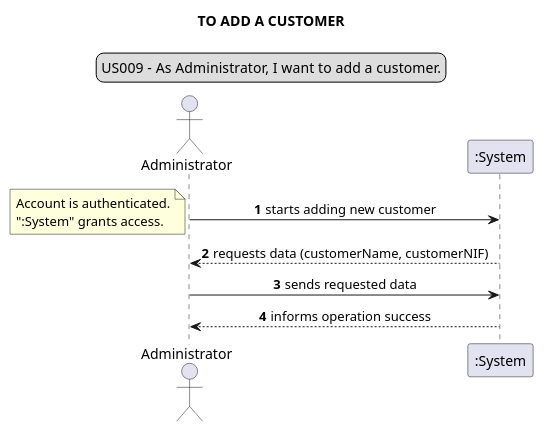
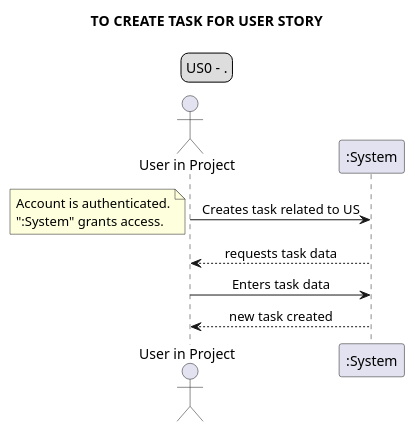
The ninth of 23 diagrams in docs/requirements_gathering/system_sequence_diagrams/systemSequenceDiagram.puml (Loracline/project_switch_22-23), drawn with PlantUML before and after one commit. The commit also changed other lines of this file and 23 other files, not shown here.

```diff
--- a/docs/requirements_gathering/system_sequence_diagrams/systemSequenceDiagram.puml
+++ b/docs/requirements_gathering/system_sequence_diagrams/systemSequenceDiagram.puml
@@ -150,17 +133,16 @@
 @startuml
 legend top
-US009 - As Administrator, I want to add a customer.
+US0 - .
 end legend
 skinparam sequenceMessageAlign center
-title TO ADD A CUSTOMER
-actor "Administrator"
-autonumber
-Administrator -> ":System": starts adding new customer
+title TO CREATE TASK FOR USER STORY
+actor "User in Project" as UIP
+"UIP" -> ":System": Creates task related to US
 note left
 Account is authenticated.
 ":System" grants access.
 end note
-Administrator <-- ":System": requests data (customerName, customerNIF)
-Administrator-> ":System": sends requested data
-Administrator <-- ":System":informs operation success
+UIP <-- ":System": requests task data
+UIP -> ":System": Enters task data
+UIP <-- ":System": new task created
 @enduml
```
